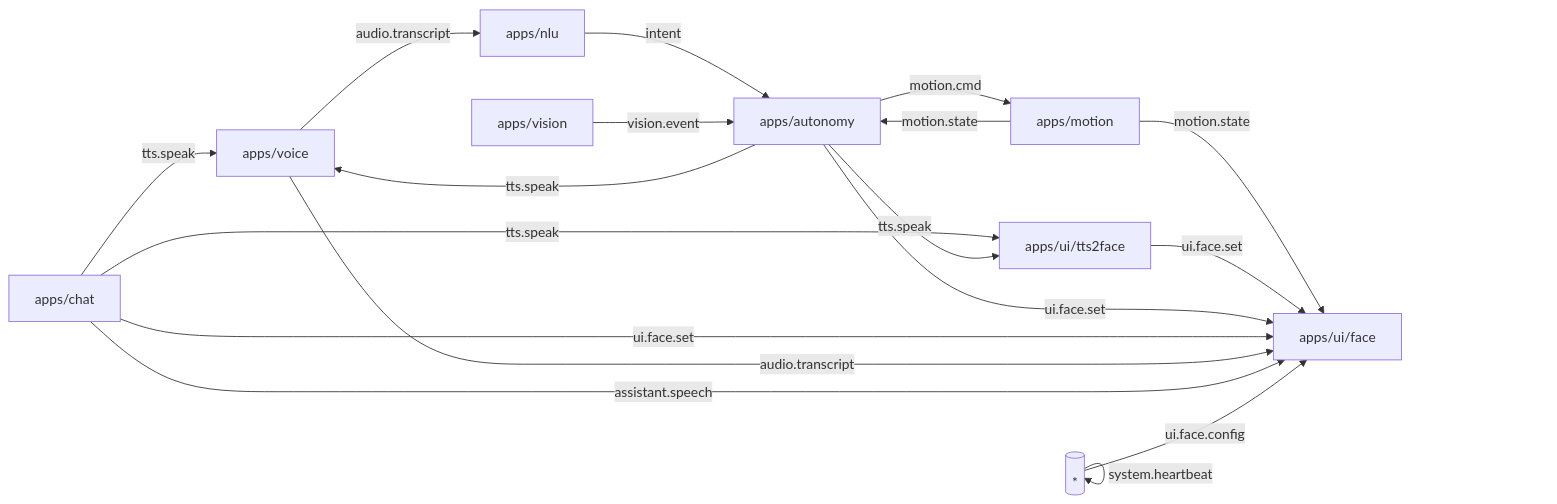
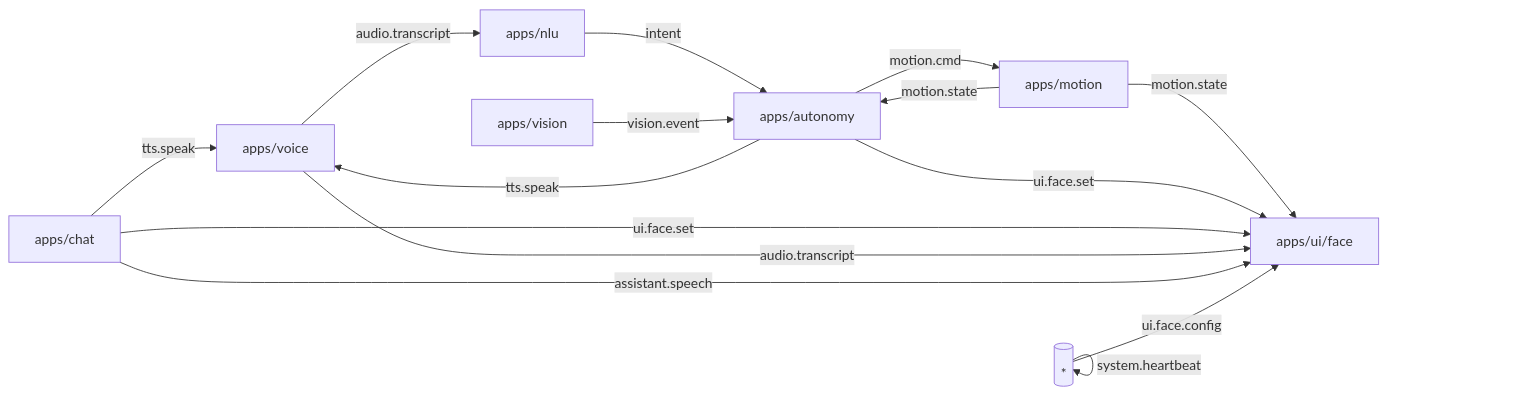
One commit to mpieniak01/Rider-Pi changed the diagram in PROJECT.md. Above: the diagram before and after it, drawn with Mermaid. The commit also changed other lines of this file and 4 other files, not shown here.

````diff
--- a/PROJECT.md
+++ b/PROJECT.md
@@ -58,21 +59,17 @@
 ```mermaid
 flowchart LR
   Voice[apps/voice] -->|audio.transcript| NLU[apps/nlu]
   NLU -->|intent| Autonomy[apps/autonomy]
   Vision[apps/vision] -->|vision.event| Autonomy
   Autonomy -->|motion.cmd| Motion[apps/motion]
   Motion -->|motion.state| Autonomy
   Motion -->|motion.state| UI[apps/ui/face]
   Autonomy -->|tts.speak| Voice
   Chat[apps/chat] -->|tts.speak| Voice
-  %% Mostek TTS→Face (UI):
-  Chat -->|tts.speak| TTS2Face[apps/ui/tts2face]
-  Autonomy -->|tts.speak| TTS2Face
-  TTS2Face -->|ui.face.set| UI
   Autonomy -->|ui.face.set| UI
   Chat -->|ui.face.set| UI
   Voice -->|audio.transcript| UI
   Chat -->|assistant.speech| UI
   Any[(*)] -->|ui.face.config| UI
   Any -->|system.heartbeat| Any
 ```
````
